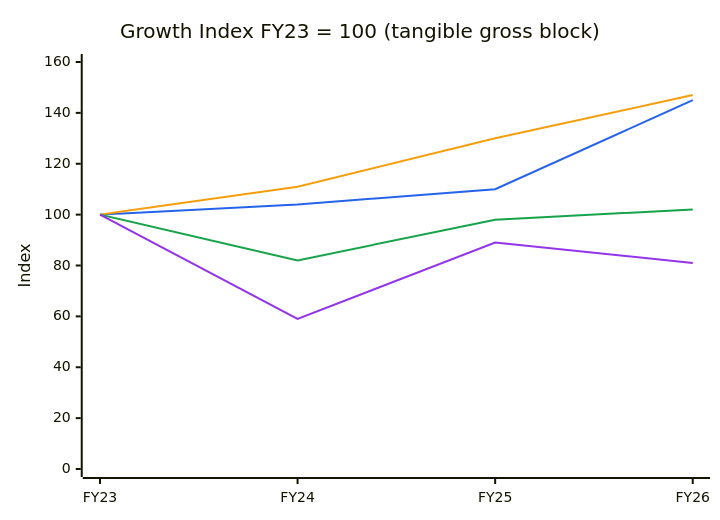
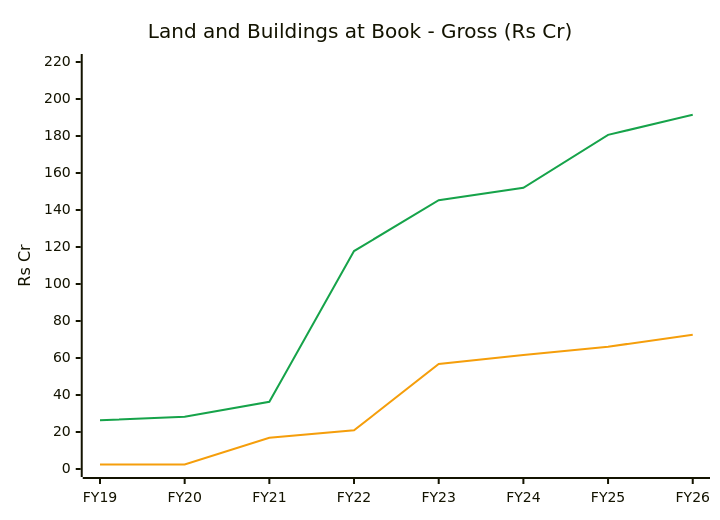
Before and after one commit to Anubhavsingh13/Stock-Analysis: diagram 22 of 22 in HLEGLAS_HLEGlascoat_2026-10-14.md, drawn with Mermaid. The commit also changed other lines of this file, not shown here.

````diff
--- a/HLEGLAS_HLEGlascoat_2026-10-14.md
+++ b/HLEGLAS_HLEGlascoat_2026-10-14.md
@@ -684,11 +834,9 @@
 ```mermaid
-%%{init: {"themeVariables": {"xyChart": {"plotColorPalette": "#2563eb, #f59e0b, #16a34a, #9333ea"}}}}%%
+%%{init: {"themeVariables": {"xyChart": {"plotColorPalette": "#f59e0b, #16a34a"}}}}%%
 xychart-beta
-    title "Growth Index FY23 = 100 (tangible gross block)"
-    x-axis [FY23, FY24, FY25, FY26]
-    y-axis "Index" 0 --> 160
-    line [100, 104, 110, 145]
-    line [100, 111, 130, 147]
-    line [100, 82, 98, 102]
-    line [100, 59, 89, 81]
+    title "Land and Buildings at Book - Gross (Rs Cr)"
+    x-axis [FY19, FY20, FY21, FY22, FY23, FY24, FY25, FY26]
+    y-axis "Rs Cr" 0 --> 220
+    line [2.5, 2.5, 16.9, 20.9, 56.8, 61.6, 66.1, 72.6]
+    line [26.3, 28.3, 36.3, 117.8, 145.3, 152.0, 180.6, 191.5]
 ```
````
